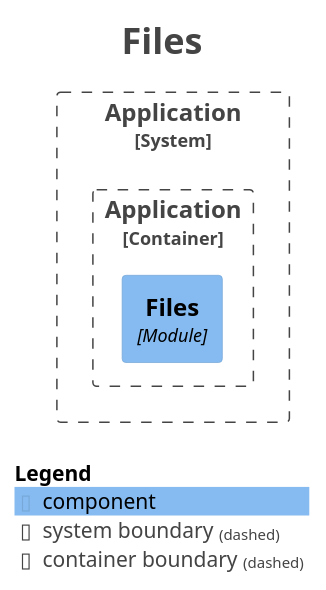
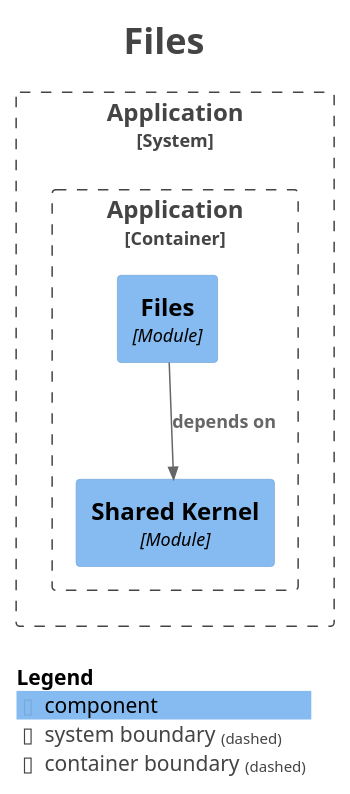
Before and after one commit to Paul-Ayesiga/enterprise-modulith-template: the diagram in docs/modulith/module-files.puml, drawn with PlantUML. The commit also changed 16 other files, not shown here.

```diff
--- a/docs/modulith/module-files.puml
+++ b/docs/modulith/module-files.puml
@@ -1,27 +1,30 @@
 @startuml
 title <size:24>Files</size>
 
 set separator none
 top to bottom direction
 
 <style>
   root {
     BackgroundColor: #ffffff
     FontColor: #444444
   }
 </style>
 
 !include <C4/C4>
 !include <C4/C4_Context>
 !include <C4/C4_Component>
 
 System_Boundary("Application_boundary", "Application", $tags="") {
   Container_Boundary("Application.Application_boundary", "Application", $tags="") {
+    Component(Application.Application.SharedKernel, "Shared Kernel", $techn="Module", $descr="", $tags="", $link="")
     Component(Application.Application.Files, "Files", $techn="Module", $descr="", $tags="", $link="")
   }
 
 }
 
+Rel(Application.Application.Files, Application.Application.SharedKernel, "depends on", $techn="", $tags="", $link="")
+
 SHOW_LEGEND(true)
 hide stereotypes
 @enduml
```
